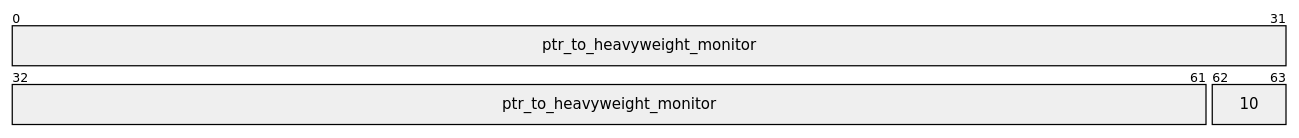
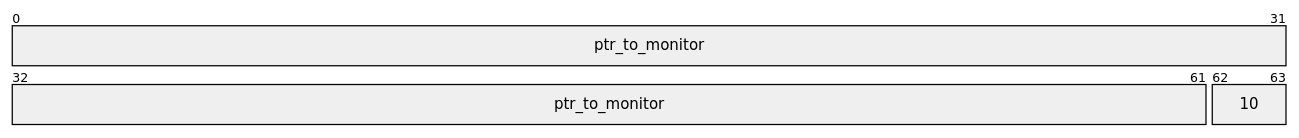
Before and after one commit to WCY-dt/blog: the fifth of 7 diagrams in _posts/2024-01-02-Java并发编程.md, drawn with Mermaid. The commit also changed other lines of this file and 2 other files, not shown here.

````diff
--- a/_posts/2024-01-02-Java并发编程.md
+++ b/_posts/2024-01-02-Java并发编程.md
@@ -369,5 +421,5 @@
       ```mermaid
       packet-beta
-      0-61: "ptr_to_heavyweight_monitor"
+      0-61: "ptr_to_monitor"
       62-63: "10"
       ```
````
